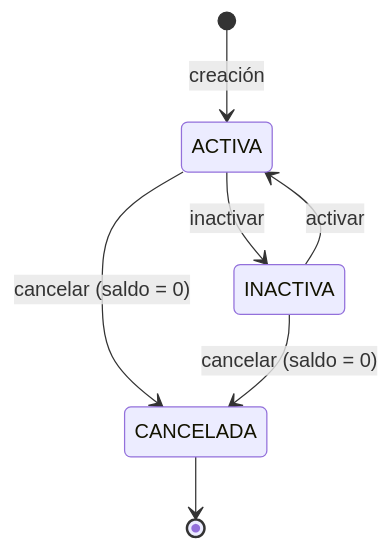
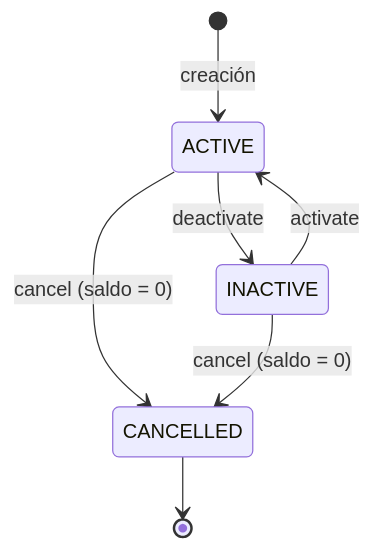
The diagram in docs/01-requerimientos.md (Sofialjure/prueba-tecnica-entidad-financiera), drawn with Mermaid before and after one commit. The commit also changed other lines of this file and 8 other files, not shown here.

````diff
--- a/docs/01-requerimientos.md
+++ b/docs/01-requerimientos.md
@@ -92,9 +92,9 @@
 ```mermaid
 stateDiagram-v2
-    [*] --> ACTIVA : creación
-    ACTIVA --> INACTIVA : inactivar
-    INACTIVA --> ACTIVA : activar
-    ACTIVA --> CANCELADA : cancelar (saldo = 0)
-    INACTIVA --> CANCELADA : cancelar (saldo = 0)
-    CANCELADA --> [*]
+    [*] --> ACTIVE : creación
+    ACTIVE --> INACTIVE : deactivate
+    INACTIVE --> ACTIVE : activate
+    ACTIVE --> CANCELLED : cancel (saldo = 0)
+    INACTIVE --> CANCELLED : cancel (saldo = 0)
+    CANCELLED --> [*]
 ```
````
